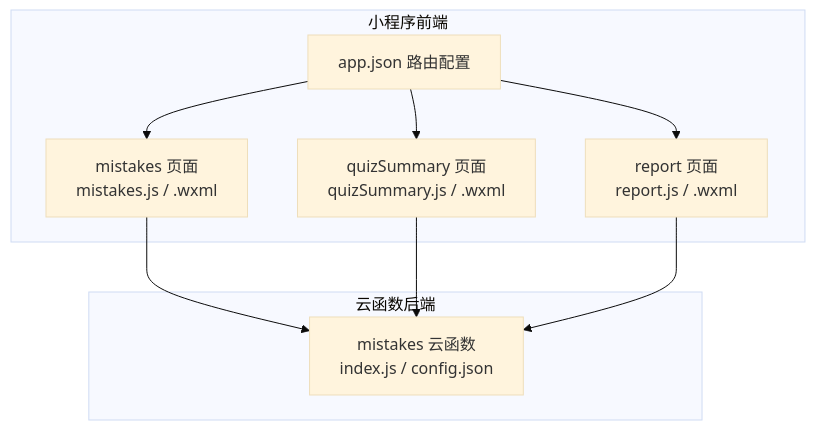
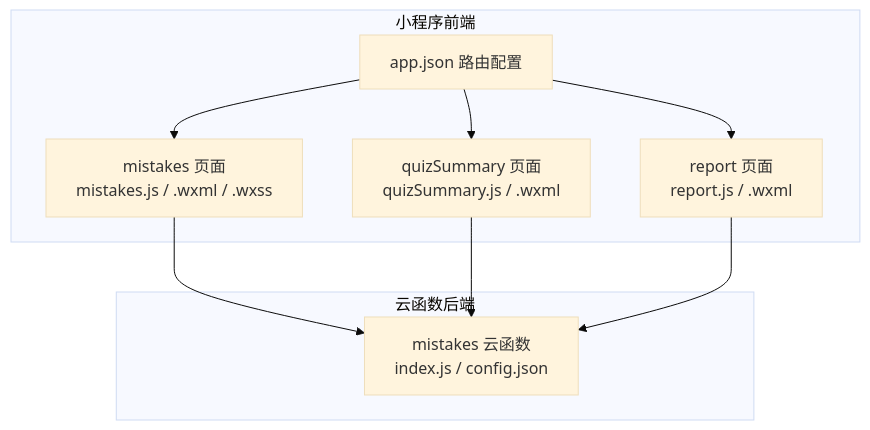
One commit to cwb7756/bio changed the first of 8 diagrams in .qoder/repowiki/zh/content/核心功能模块/错题管理系统.md. Above: the diagram before and after it, drawn with Mermaid (base theme). The commit also changed other lines of this file and 14 other files, not shown here.

First line of the commit message:
feat(knowledgeMap): 增强知识图谱功能，新增种子数据生成器

````diff
--- a/.qoder/repowiki/zh/content/核心功能模块/错题管理系统.md
+++ b/.qoder/repowiki/zh/content/核心功能模块/错题管理系统.md
@@ -42,18 +52,18 @@
 ```mermaid
 graph TB
 subgraph "小程序前端"
-A["mistakes 页面<br/>mistakes.js / .wxml"]
+A["mistakes 页面<br/>mistakes.js / .wxml / .wxss"]
 B["quizSummary 页面<br/>quizSummary.js / .wxml"]
 C["report 页面<br/>report.js / .wxml"]
 D["app.json 路由配置"]
 end
 subgraph "云函数后端"
 E["mistakes 云函数<br/>index.js / config.json"]
 end
 A --> E
 B --> E
 C --> E
 D --> A
 D --> B
 D --> C
 ```
````
